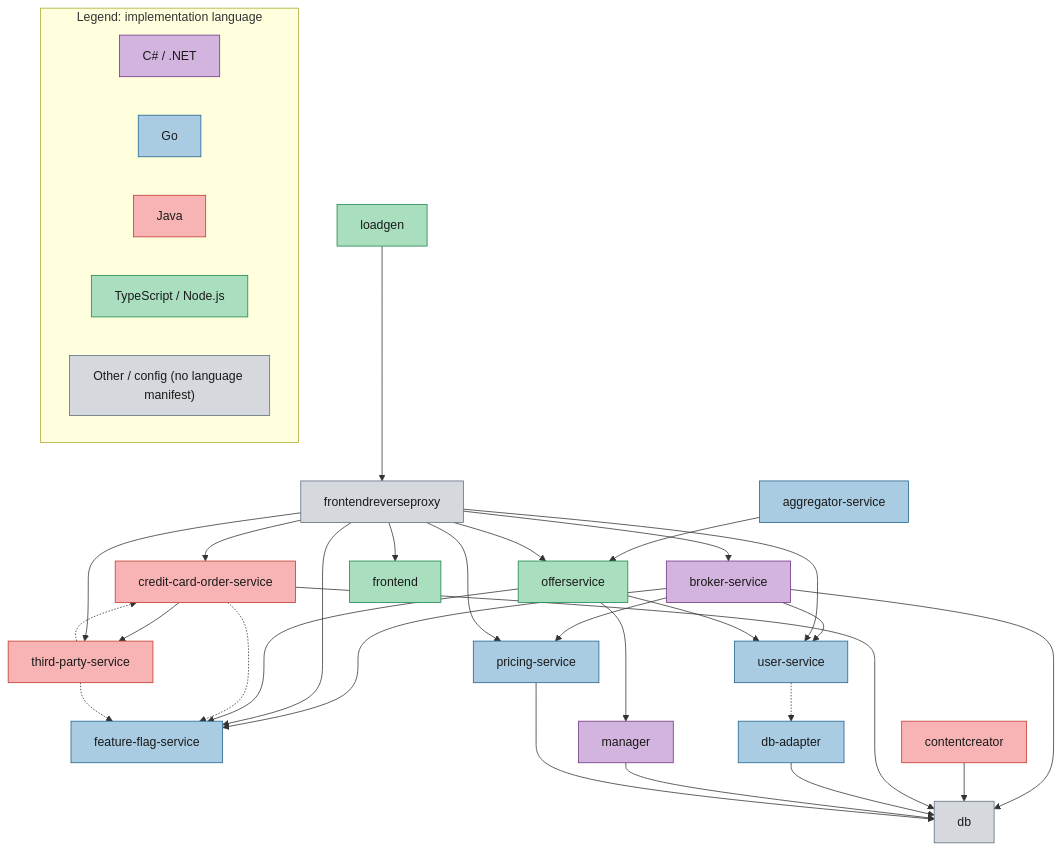
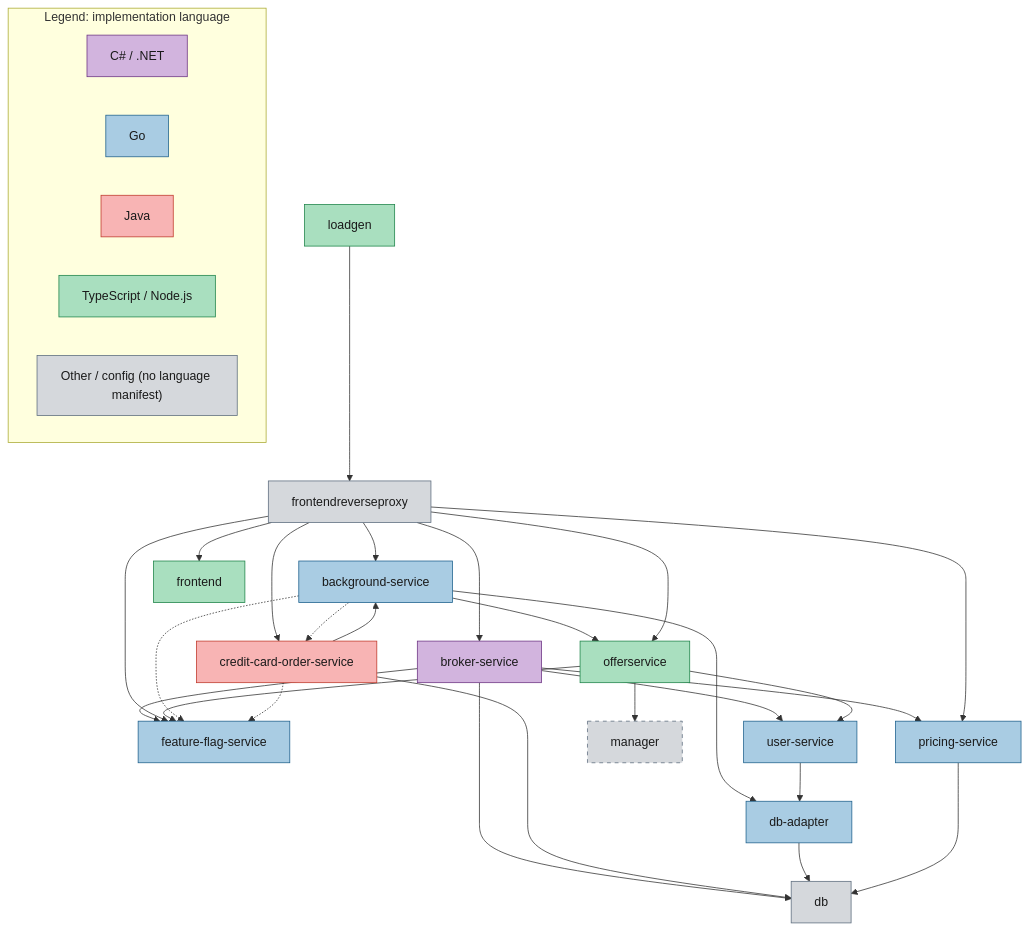
One commit to Dynatrace/easytrade changed the diagram in README.md. Above: the diagram before and after it, drawn with Mermaid.

Commit message:
fix: update dependency graph in README.md to reflect service connections

````diff
--- a/README.md
+++ b/README.md
@@ -14,53 +14,51 @@
 ```mermaid
 flowchart TD
-    aggregator-service --> offerservice
+    background-service --> db-adapter
+    background-service --> offerservice
     broker-service --> db
     broker-service --> feature-flag-service
     broker-service --> pricing-service
     broker-service --> user-service
-    contentcreator --> db
+    credit-card-order-service --> background-service
     credit-card-order-service --> db
-    credit-card-order-service --> third-party-service
     db-adapter --> db
+    frontendreverseproxy --> background-service
     frontendreverseproxy --> broker-service
     frontendreverseproxy --> credit-card-order-service
     frontendreverseproxy --> feature-flag-service
     frontendreverseproxy --> frontend
     frontendreverseproxy --> offerservice
     frontendreverseproxy --> pricing-service
-    frontendreverseproxy --> third-party-service
-    frontendreverseproxy --> user-service
     loadgen --> frontendreverseproxy
-    manager --> db
     offerservice --> feature-flag-service
     offerservice --> manager
     offerservice --> user-service
     pricing-service --> db
+    user-service --> db-adapter
+    background-service -.-> credit-card-order-service
+    background-service -.-> feature-flag-service
     credit-card-order-service -.-> feature-flag-service
-    third-party-service -.-> credit-card-order-service
-    third-party-service -.-> feature-flag-service
-    user-service -.-> db-adapter
 
-    class broker-service,manager dotnet
-    class aggregator-service,db-adapter,feature-flag-service,pricing-service,user-service go
-    class problem-operator goOffCompose
-    class contentcreator,credit-card-order-service,third-party-service java
+    class broker-service dotnet
+    class background-service,db-adapter,feature-flag-service,pricing-service,user-service go
+    class credit-card-order-service java
     class frontend,loadgen,offerservice node
     class db,frontendreverseproxy other
+    class manager otherOffCompose
 
     classDef dotnet fill:#d2b4de,stroke:#6c3483,color:#1a1a1a,stroke-width:1px
     classDef go fill:#a9cce3,stroke:#1f618d,color:#1a1a1a,stroke-width:1px
     classDef java fill:#f8b4b4,stroke:#c0392b,color:#1a1a1a,stroke-width:1px
     classDef node fill:#a9dfbf,stroke:#1e8449,color:#1a1a1a,stroke-width:1px
     classDef other fill:#d5d8dc,stroke:#5d6d7e,color:#1a1a1a,stroke-width:1px
-    classDef goOffCompose fill:#a9cce3,stroke:#1f618d,color:#1a1a1a,stroke-width:1px,stroke-dasharray:5 5
+    classDef otherOffCompose fill:#d5d8dc,stroke:#5d6d7e,color:#1a1a1a,stroke-width:1px,stroke-dasharray:5 5
 
     subgraph Legend[Legend: implementation language]
         direction LR
         legend_dotnet["C# / .NET"]:::dotnet
         legend_go["Go"]:::go
         legend_java["Java"]:::java
         legend_node["TypeScript / Node.js"]:::node
         legend_other["Other / config (no language manifest)"]:::other
     end
 ```
````
